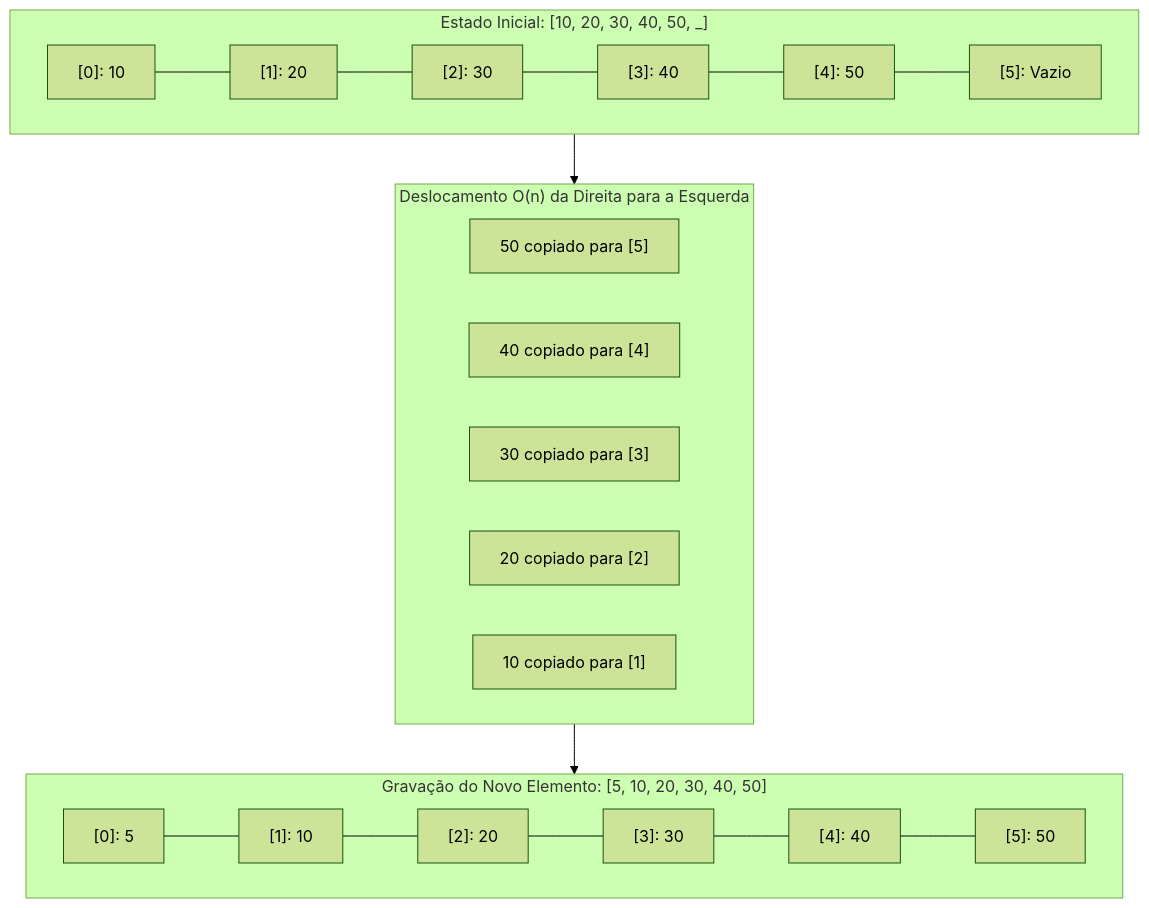
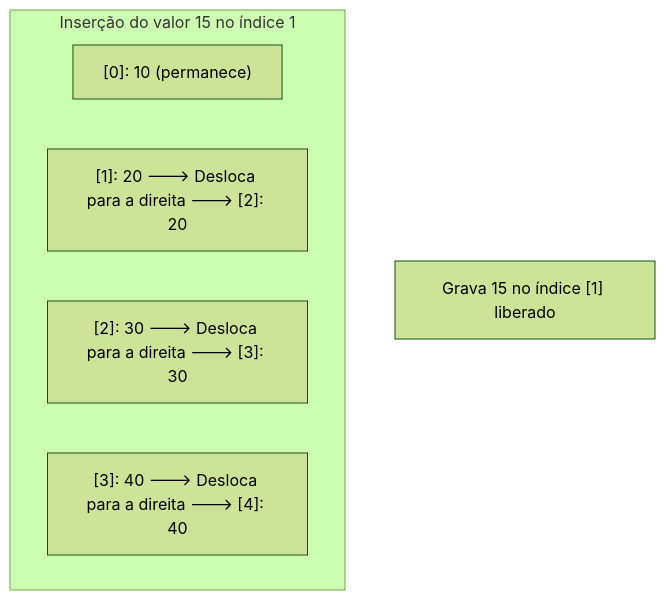
Before and after one commit to murilolol/unifef: diagram 16 of 33 in 4º Semestre/[Prof. Wesley Soares] Estrutura de Dados I/Resumos-IA/Caderno-Consolidado.md, drawn with Mermaid (forest theme). The commit also changed other lines of this file and 18 other files, not shown here.

````diff
--- a/4º Semestre/[Prof. Wesley Soares] Estrutura de Dados I/Resumos-IA/Caderno-Consolidado.md
+++ b/4º Semestre/[Prof. Wesley Soares] Estrutura de Dados I/Resumos-IA/Caderno-Consolidado.md
@@ -671,17 +706,10 @@
 ```mermaid
 flowchart TD
-    subgraph ArrayOriginal["Estado Inicial: [10, 20, 30, 40, 50, _]"]
-        A0["[0]: 10"] --- A1["[1]: 20"] --- A2["[2]: 30"] --- A3["[3]: 40"] --- A4["[4]: 50"] --- A5["[5]: Vazio"]
+    subgraph InsercaoDeslocamento["Inserção do valor 15 no índice 1"]
+        E0["[0]: 10 (permanece)"]
+        E1["[1]: 20 ---> Desloca para a direita ---> [2]: 20"]
+        E2["[2]: 30 ---> Desloca para a direita ---> [3]: 30"]
+        E3["[3]: 40 ---> Desloca para a direita ---> [4]: 40"]
     end
-    subgraph Deslocamento["Deslocamento O(n) da Direita para a Esquerda"]
-        M4["50 copiado para [5]"]
-        M3["40 copiado para [4]"]
-        M2["30 copiado para [3]"]
-        M1["20 copiado para [2]"]
-        M0["10 copiado para [1]"]
-    end
-    subgraph ArrayFinal["Gravação do Novo Elemento: [5, 10, 20, 30, 40, 50]"]
-        R0["[0]: 5"] --- R1["[1]: 10"] --- R2["[2]: 20"] --- R3["[3]: 30"] --- R4["[4]: 40"] --- R5["[5]: 50"]
-    end
-    ArrayOriginal --> Deslocamento --> ArrayFinal
+    Novo["Grava 15 no índice [1] liberado"]
 ```
````
